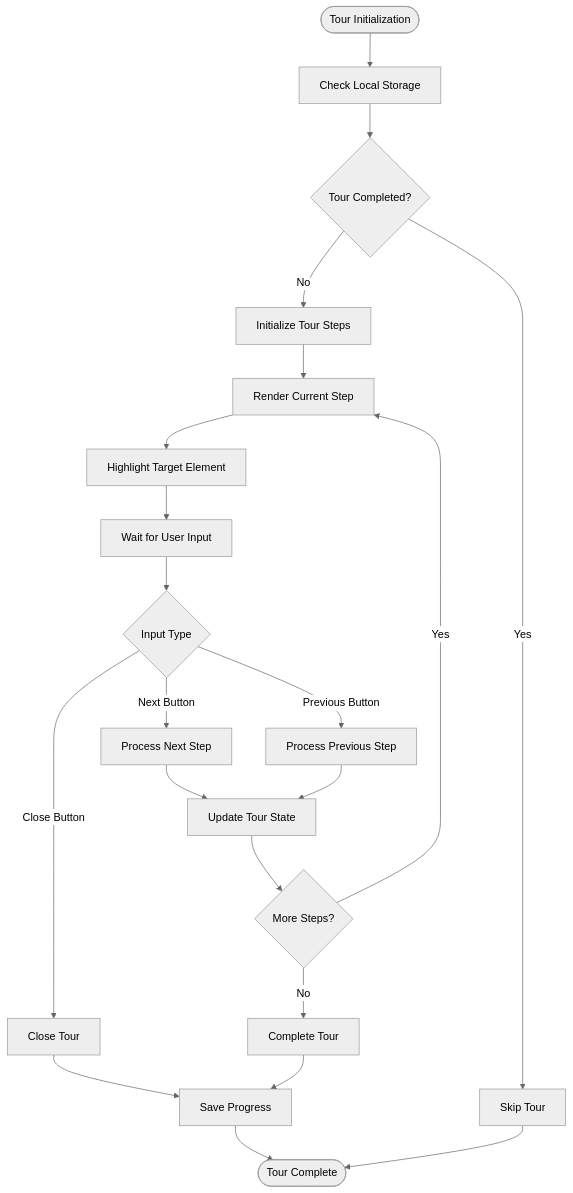
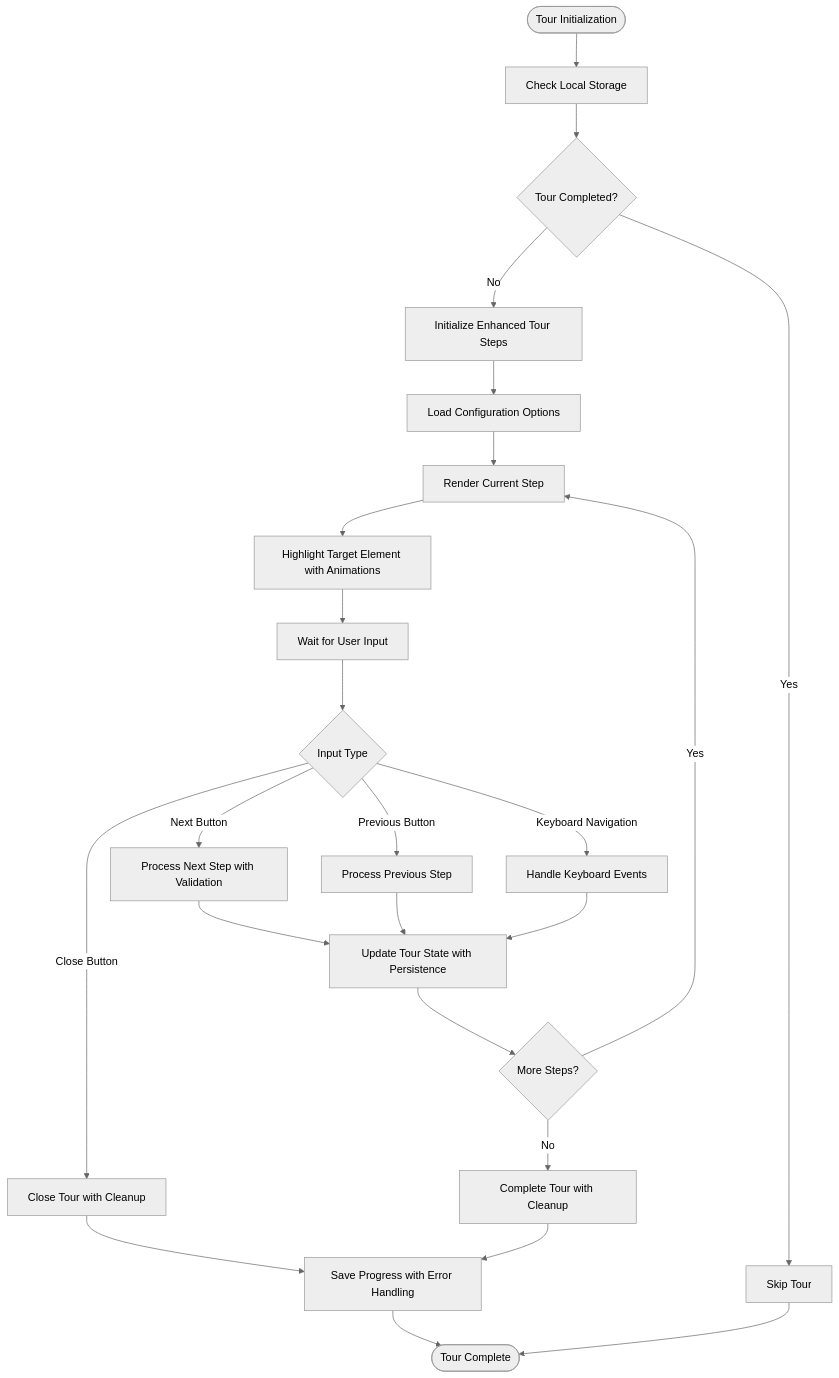
One commit to zmyeo54/briefroom changed the fourth of 6 diagrams in .qoder/repowiki/en/content/Core Features/Onboarding Tour System.md. Above: the diagram before and after it, drawn with Mermaid (neutral theme). The commit also changed other lines of this file and 32 other files, not shown here.

````diff
--- a/.qoder/repowiki/en/content/Core Features/Onboarding Tour System.md
+++ b/.qoder/repowiki/en/content/Core Features/Onboarding Tour System.md
@@ -172,23 +189,26 @@
 ```mermaid
 flowchart TD
 Start([Tour Initialization]) --> CheckStatus["Check Local Storage"]
 CheckStatus --> Status{"Tour Completed?"}
 Status --> |Yes| SkipTour["Skip Tour"]
-Status --> |No| InitTour["Initialize Tour Steps"]
-InitTour --> RenderStep["Render Current Step"]
-RenderStep --> HighlightElement["Highlight Target Element"]
+Status --> |No| InitTour["Initialize Enhanced Tour Steps"]
+InitTour --> LoadConfig["Load Configuration Options"]
+LoadConfig --> RenderStep["Render Current Step"]
+RenderStep --> HighlightElement["Highlight Target Element with Animations"]
 HighlightElement --> WaitForInput["Wait for User Input"]
 WaitForInput --> InputType{"Input Type"}
-InputType --> |Next Button| NextStep["Process Next Step"]
+InputType --> |Next Button| NextStep["Process Next Step with Validation"]
 InputType --> |Previous Button| PrevStep["Process Previous Step"]
-InputType --> |Close Button| CloseTour["Close Tour"]
-NextStep --> UpdateState["Update Tour State"]
+InputType --> |Close Button| CloseTour["Close Tour with Cleanup"]
+InputType --> |Keyboard Navigation| HandleKeys["Handle Keyboard Events"]
+NextStep --> UpdateState["Update Tour State with Persistence"]
 PrevStep --> UpdateState
-CloseTour --> SaveProgress["Save Progress"]
+CloseTour --> SaveProgress["Save Progress with Error Handling"]
+HandleKeys --> UpdateState
 UpdateState --> MoreSteps{"More Steps?"}
 MoreSteps --> |Yes| RenderStep
-MoreSteps --> |No| CompleteTour["Complete Tour"]
+MoreSteps --> |No| CompleteTour["Complete Tour with Cleanup"]
 CompleteTour --> SaveProgress
 SaveProgress --> End([Tour Complete])
 SkipTour --> End
 ```
````
